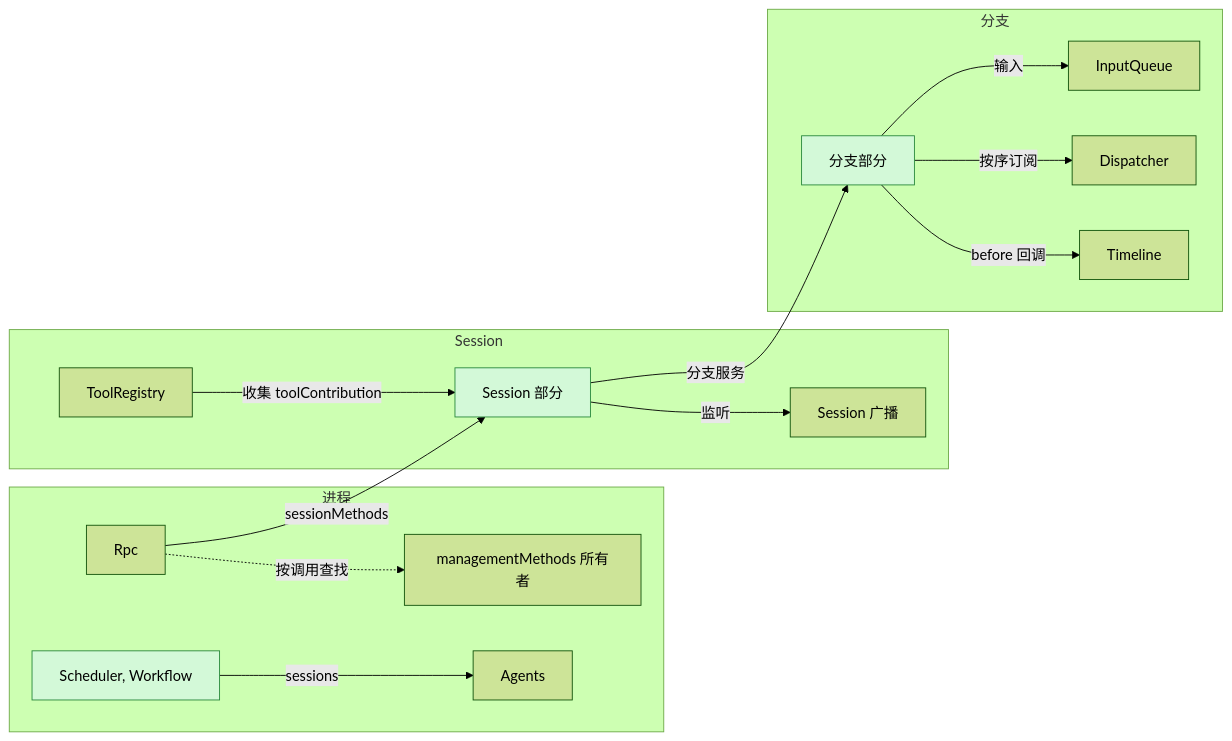
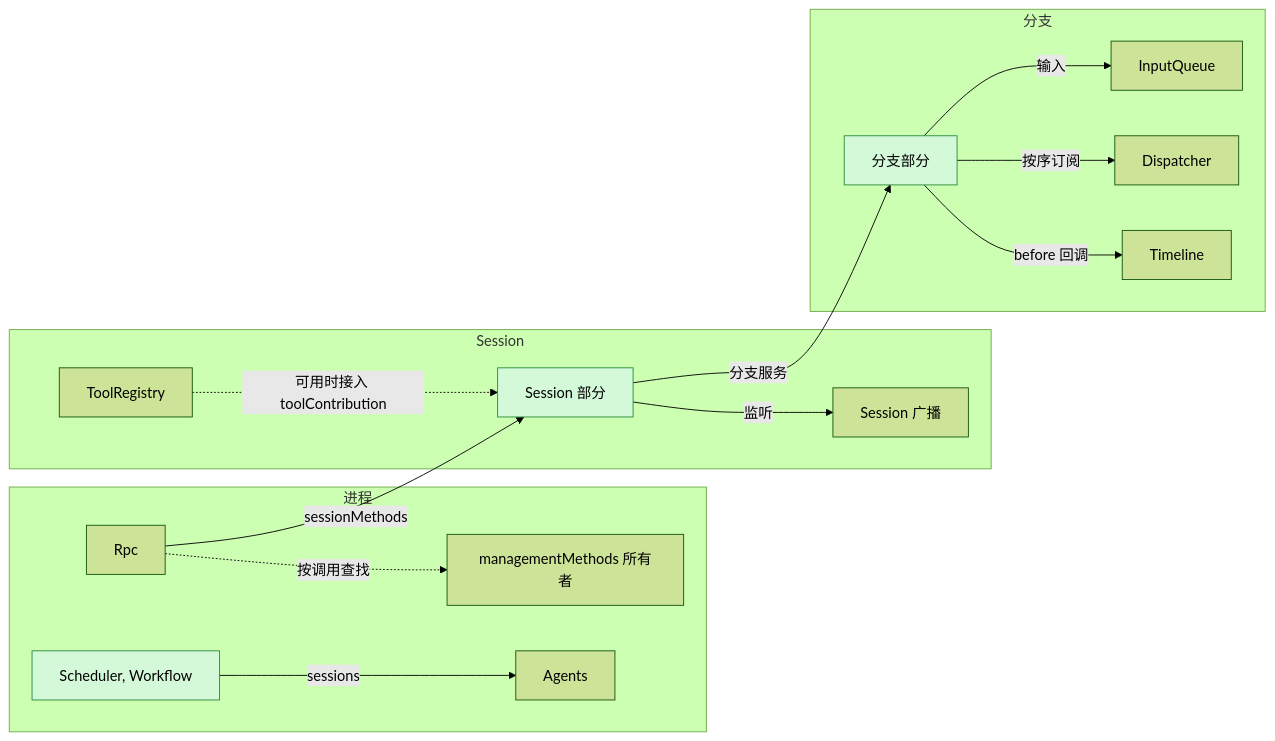
Before and after one commit to CoutinhoTTS/dim-agent: the second of 8 diagrams in docs/zh/design/overview.md, drawn with Mermaid (forest theme). The commit also changed other lines of this file and 7 other files, not shown here.

````diff
--- a/docs/zh/design/overview.md
+++ b/docs/zh/design/overview.md
@@ -105,31 +105,31 @@
 ```mermaid
 flowchart LR
   classDef new fill:#d3f9d8,stroke:#2b8a3e,color:#000
 
   subgraph PROC["进程"]
     Rpc["Rpc"]
     Agents["Agents"]
     SchedP["Scheduler, Workflow"]:::new
     MM["managementMethods 所有者"]
   end
   subgraph SES["Session"]
     TR["ToolRegistry"]
     BC["Session 广播"]
     SP["Session 部分"]:::new
   end
   subgraph BR["分支"]
     TL["Timeline"]
     DP["Dispatcher"]
     IQ["InputQueue"]
     BP["分支部分"]:::new
   end
   Rpc -.->|"按调用查找"| MM
   Rpc -->|"sessionMethods"| SP
-  TR -->|"收集 toolContribution"| SP
+  TR -.->|"可用时接入 toolContribution"| SP
   SP -->|"监听"| BC
   BP -->|"before 回调"| TL
   BP -->|"按序订阅"| DP
   BP -->|"输入"| IQ
   SchedP -->|"sessions"| Agents
   SP -->|"分支服务"| BP
 ```
````
